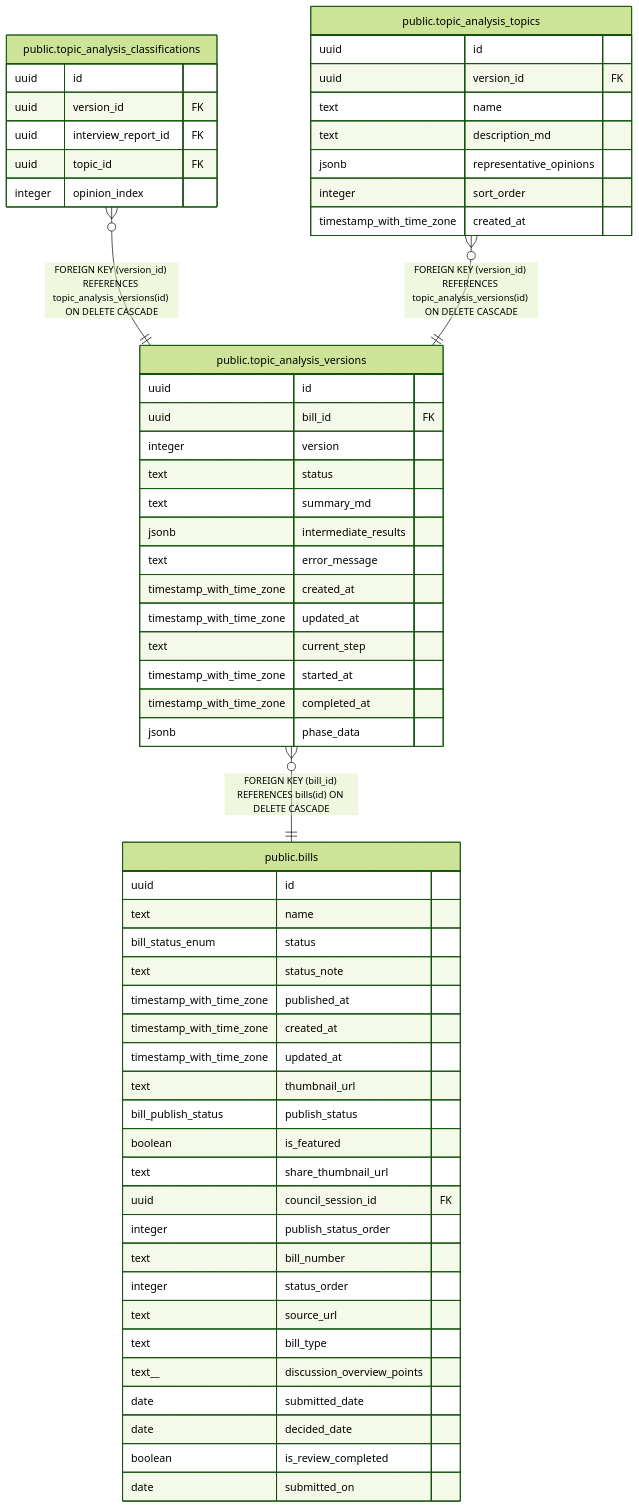
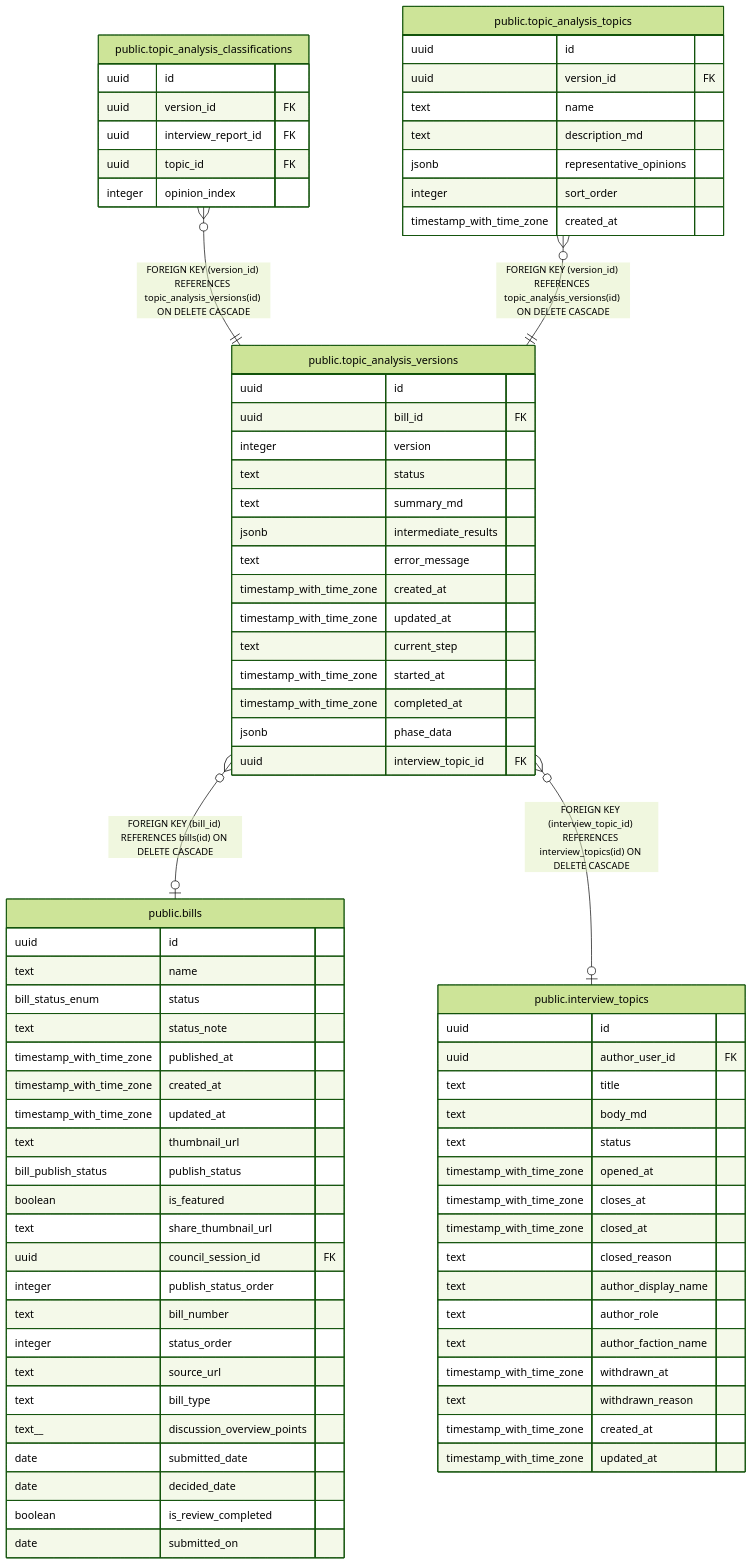
Before and after one commit to s-takahashi-hokkaido/dejimin-gikai: the diagram in docs/schema/public.topic_analysis_versions.md, drawn with Mermaid (forest theme). The commit also changed other lines of this file and 26 other files, not shown here.

````diff
--- a/docs/schema/public.topic_analysis_versions.md
+++ b/docs/schema/public.topic_analysis_versions.md
@@ -52,7 +57,8 @@
 
 "public.topic_analysis_classifications" }o--|| "public.topic_analysis_versions" : "FOREIGN KEY (version_id) REFERENCES topic_analysis_versions(id) ON DELETE CASCADE"
 "public.topic_analysis_topics" }o--|| "public.topic_analysis_versions" : "FOREIGN KEY (version_id) REFERENCES topic_analysis_versions(id) ON DELETE CASCADE"
-"public.topic_analysis_versions" }o--|| "public.bills" : "FOREIGN KEY (bill_id) REFERENCES bills(id) ON DELETE CASCADE"
+"public.topic_analysis_versions" }o--o| "public.bills" : "FOREIGN KEY (bill_id) REFERENCES bills(id) ON DELETE CASCADE"
+"public.topic_analysis_versions" }o--o| "public.interview_topics" : "FOREIGN KEY (interview_topic_id) REFERENCES interview_topics(id) ON DELETE CASCADE"
 
 "public.topic_analysis_versions" {
   uuid id
@@ -68,6 +74,7 @@
   timestamp_with_time_zone started_at
   timestamp_with_time_zone completed_at
   jsonb phase_data
+  uuid interview_topic_id FK
 }
 "public.topic_analysis_classifications" {
   uuid id
@@ -109,4 +116,22 @@
   boolean is_review_completed
   date submitted_on
 }
+"public.interview_topics" {
+  uuid id
+  uuid author_user_id FK
+  text title
+  text body_md
+  text status
+  timestamp_with_time_zone opened_at
+  timestamp_with_time_zone closes_at
+  timestamp_with_time_zone closed_at
+  text closed_reason
+  text author_display_name
+  text author_role
+  text author_faction_name
+  timestamp_with_time_zone withdrawn_at
+  text withdrawn_reason
+  timestamp_with_time_zone created_at
+  timestamp_with_time_zone updated_at
+}
 ```
````
